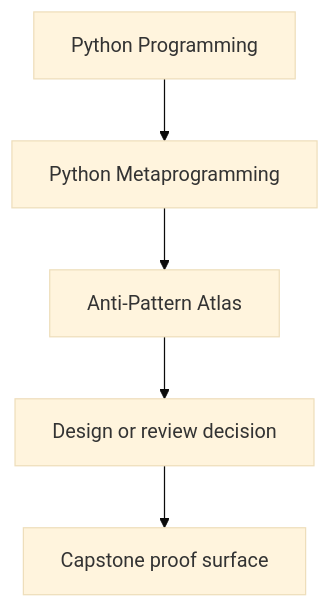
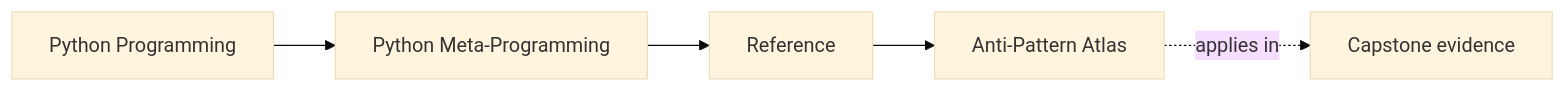
Before and after one commit to bijux/bijux-masterclass: the first of 2 diagrams in programs/python-programming/python-meta-programming/course-book/reference/anti-pattern-atlas.md, drawn with Mermaid (base theme). The commit also changed other lines of this file and 91 other files, not shown here.

Commit message:
docs(python-meta-programming): map advanced runtime and capstone surfaces

````diff
--- a/programs/python-programming/python-meta-programming/course-book/reference/anti-pattern-atlas.md
+++ b/programs/python-programming/python-meta-programming/course-book/reference/anti-pattern-atlas.md
@@ -6,7 +6,11 @@
 ```mermaid
-flowchart TD
-  family["Python Programming"] --> program["Python Metaprogramming"]
-  program --> reference["Anti-Pattern Atlas"]
-  reference --> review["Design or review decision"]
-  review --> capstone["Capstone proof surface"]
+graph LR
+  family["Python Programming"]
+  program["Python Meta-Programming"]
+  section["Reference"]
+  page["Anti-Pattern Atlas"]
+  capstone["Capstone evidence"]
+
+  family --> program --> section --> page
+  page -.applies in.-> capstone
 ```
````
